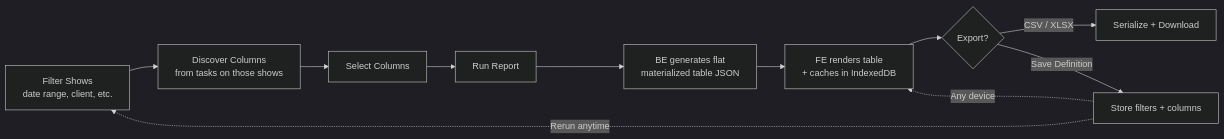
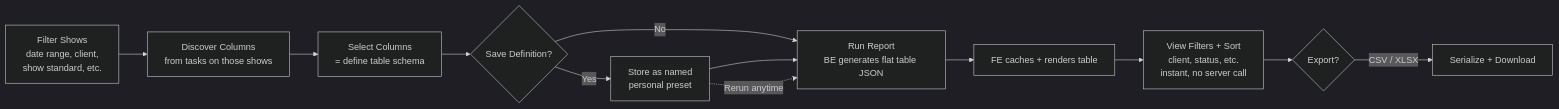
Before and after one commit to allenlin90/eridu-services: the first of 2 diagrams in docs/prd/task-submission-reporting.md, drawn with Mermaid (dark theme). The commit also changed other lines of this file and 4 other files, not shown here.

````diff
--- a/docs/prd/task-submission-reporting.md
+++ b/docs/prd/task-submission-reporting.md
@@ -44,13 +46,14 @@
 ```mermaid
 flowchart LR
-    A[Filter Shows<br/>date range, client, etc.] --> B[Discover Columns<br/>from tasks on those shows]
-    B --> C[Select Columns]
-    C --> D[Run Report]
-    D --> E[BE generates flat<br/>materialized table JSON]
-    E --> F[FE renders table<br/>+ caches in IndexedDB]
-    F --> G{Export?}
+    A[Filter Shows<br/>date range, client,<br/>show standard, etc.] --> B[Discover Columns<br/>from tasks on those shows]
+    B --> C[Select Columns<br/>= define table schema]
+    C --> S{Save Definition?}
+    S -->|Yes| I[Store as named<br/>personal preset]
+    S -->|No| D
+    I --> D[Run Report<br/>BE generates flat table JSON]
+    D --> F[FE caches + renders table]
+    F --> V[View Filters + Sort<br/>client, status, etc.<br/>instant, no server call]
+    V --> G{Export?}
     G -->|CSV / XLSX| H[Serialize + Download]
-    G -->|Save Definition| I[Store filters + columns]
-    I -.->|Rerun anytime| A
-    I -.->|Any device| F
+    I -.->|Rerun anytime| D
 ```
````
